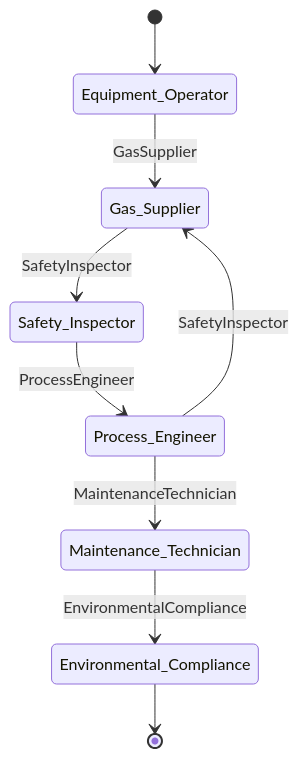
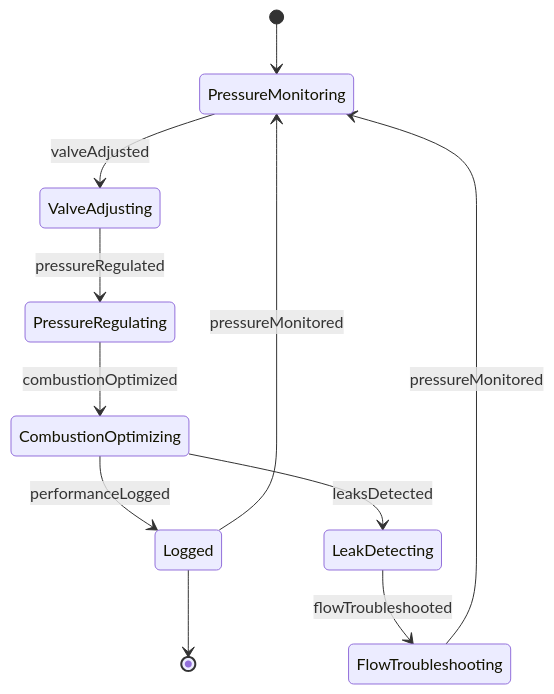
One commit to dot-org-ai/tasks.org.ai changed the second of 4 diagrams in HandlingAndMovingObjects/AdjustEquipmentToEnsureAdequatePerformance/AdjustEquipmentControlsRegulateGas.mdx. Above: the diagram before and after it, drawn with Mermaid. The commit also changed other lines of this file and 40 other files, not shown here.

First line of the commit message:
fix: Replace Actor-based ER and State diagrams with Entity/Event-based diagrams in 41 HandlingAndMovingObjects DWA files

````diff
--- a/HandlingAndMovingObjects/AdjustEquipmentToEnsureAdequatePerformance/AdjustEquipmentControlsRegulateGas.mdx
+++ b/HandlingAndMovingObjects/AdjustEquipmentToEnsureAdequatePerformance/AdjustEquipmentControlsRegulateGas.mdx
@@ -103,11 +101,13 @@
 ```mermaid
 stateDiagram-v2
-    [*] --> Equipment_Operator
-    Equipment_Operator --> Gas_Supplier: GasSupplier
-    Gas_Supplier --> Safety_Inspector: SafetyInspector
-    Safety_Inspector --> Process_Engineer: ProcessEngineer
-    Process_Engineer --> Maintenance_Technician: MaintenanceTechnician
-    Maintenance_Technician --> Environmental_Compliance: EnvironmentalCompliance
-    Process_Engineer --> Gas_Supplier: SafetyInspector
-    Environmental_Compliance --> [*]
+    [*] --> PressureMonitoring
+    PressureMonitoring --> ValveAdjusting : valveAdjusted
+    ValveAdjusting --> PressureRegulating : pressureRegulated
+    PressureRegulating --> CombustionOptimizing : combustionOptimized
+    CombustionOptimizing --> Logged : performanceLogged
+    CombustionOptimizing --> LeakDetecting : leaksDetected
+    LeakDetecting --> FlowTroubleshooting : flowTroubleshooted
+    FlowTroubleshooting --> PressureMonitoring : pressureMonitored
+    Logged --> PressureMonitoring : pressureMonitored
+    Logged --> [*]
 ```
````
